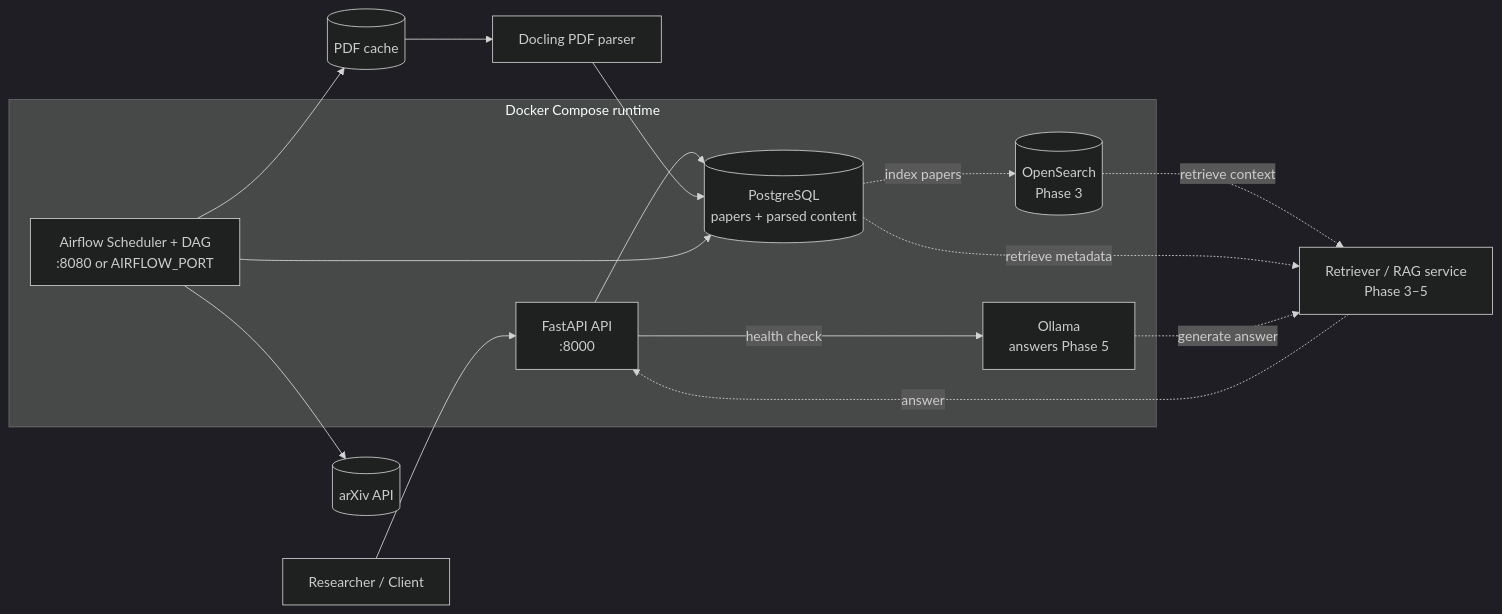
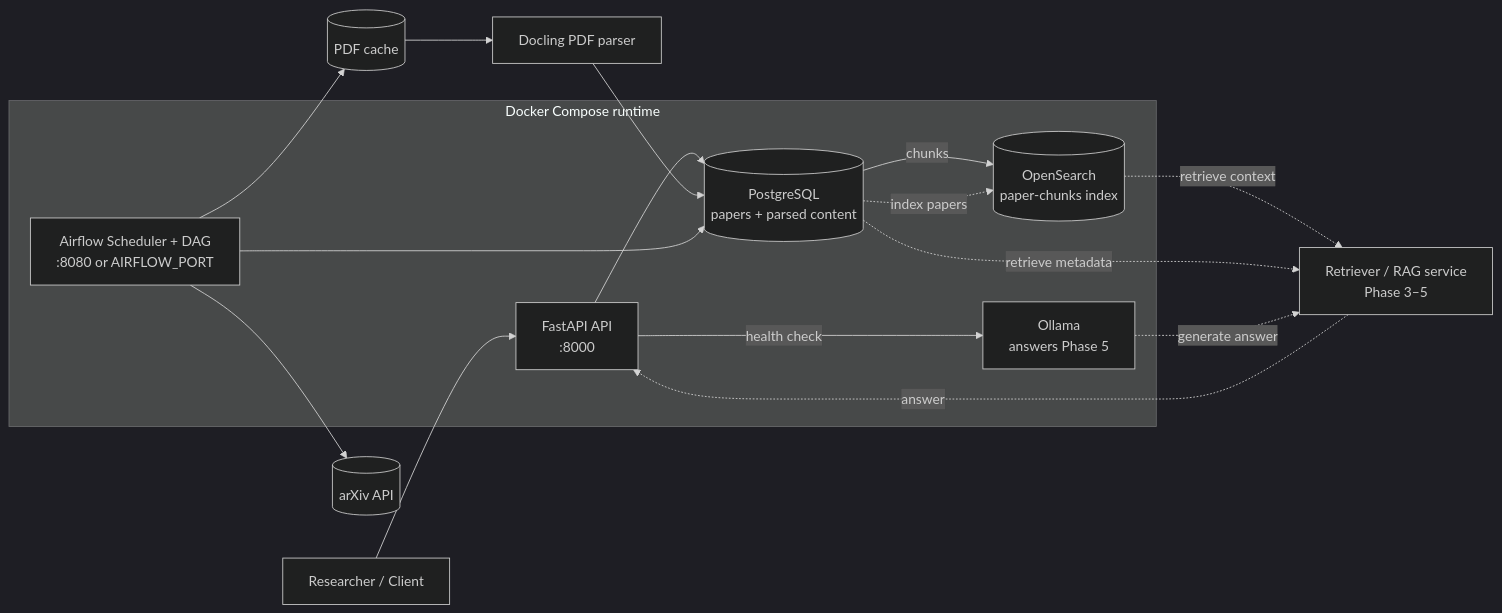
Before and after one commit to Xmen3em/AI-ScholarLens: the first of 2 diagrams in README.md, drawn with Mermaid (dark theme). The commit also changed other lines of this file and 14 other files, not shown here.

First line of the commit message:
feat: index paper chunks into OpenSearch

```diff
--- a/README.md
+++ b/README.md
@@ -26,33 +26,34 @@
 ~~~mermaid
 flowchart LR
     User[Researcher / Client]
 
     subgraph Runtime[Docker Compose runtime]
         API[FastAPI API<br/>:8000]
         Airflow[Airflow Scheduler + DAG<br/>:8080 or AIRFLOW_PORT]
         DB[(PostgreSQL<br/>papers + parsed content)]
-        Search[(OpenSearch<br/>Phase 3)]
+        Search[(OpenSearch<br/>paper-chunks index)]
         Ollama[Ollama<br/>answers Phase 5]
     end
 
     Arxiv[(arXiv API)]
     PDF[(PDF cache)]
     Docling[Docling PDF parser]
     Retriever[Retriever / RAG service<br/>Phase 3–5]
 
     User --> API
     API --> DB
     API -- health check --> Ollama
 
     Airflow --> Arxiv
     Airflow --> PDF
     PDF --> Docling
     Docling --> DB
+    DB -- chunks --> Search
     Airflow --> DB
 
     DB -. index papers .-> Search
     Search -. retrieve context .-> Retriever
     DB -. retrieve metadata .-> Retriever
     Ollama -. generate answer .-> Retriever
     Retriever -. answer .-> API
 ~~~
```
